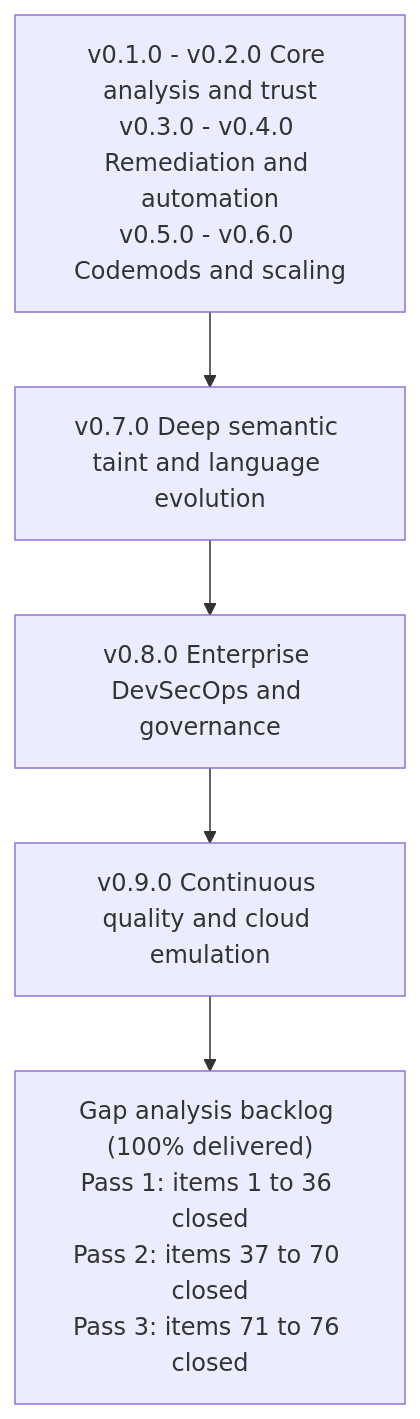
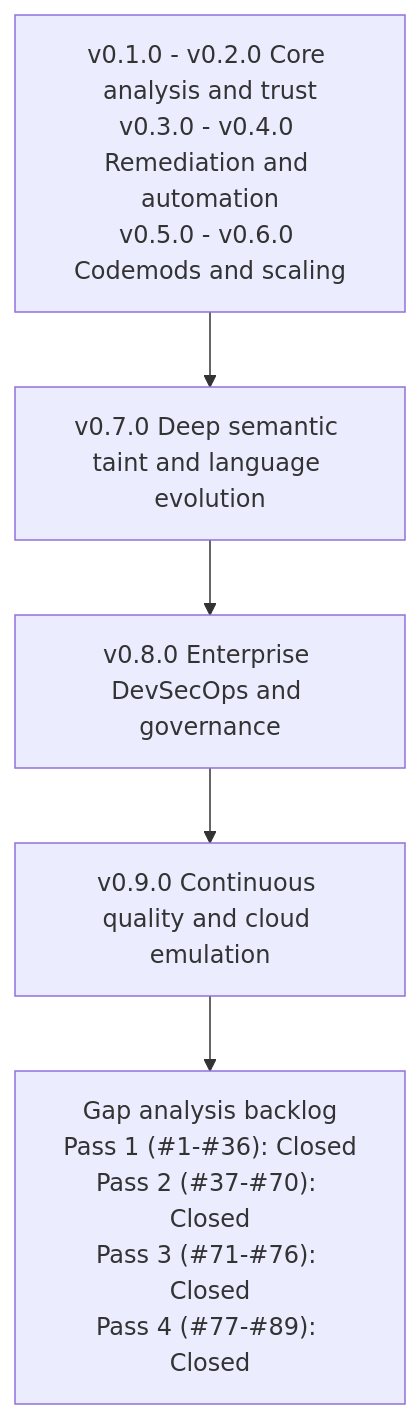
The diagram in docs/ROADMAP.md (23skdu/terraform_ast), drawn with Mermaid before and after one commit. The commit also changed other lines of this file and 21 other files, not shown here.

Commit message:
feat: complete roadmap pass 4 hardening (#77-#89) and update roadmap

````diff
--- a/docs/ROADMAP.md
+++ b/docs/ROADMAP.md
@@ -9,7 +9,7 @@
 ```mermaid
 flowchart TD
     A["v0.1.0 - v0.2.0 Core analysis and trust<br/>v0.3.0 - v0.4.0 Remediation and automation<br/>v0.5.0 - v0.6.0 Codemods and scaling"] --> B["v0.7.0 Deep semantic taint and language evolution"]
     B --> C["v0.8.0 Enterprise DevSecOps and governance"]
     C --> D["v0.9.0 Continuous quality and cloud emulation"]
-    D --> E["Gap analysis backlog (100% delivered)<br/>Pass 1: items 1 to 36 closed<br/>Pass 2: items 37 to 70 closed<br/>Pass 3: items 71 to 76 closed"]
+    D --> E["Gap analysis backlog<br/>Pass 1 (#1-#36): Closed<br/>Pass 2 (#37-#70): Closed<br/>Pass 3 (#71-#76): Closed<br/>Pass 4 (#77-#89): Closed"]
 ```
````
